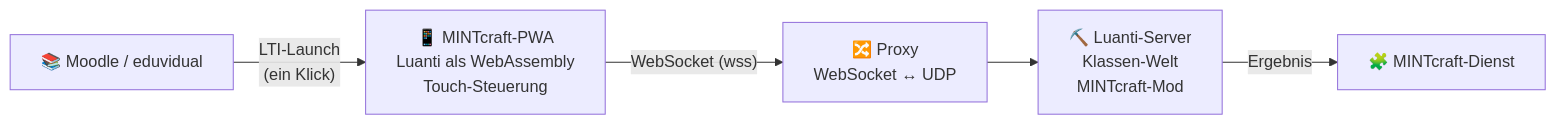
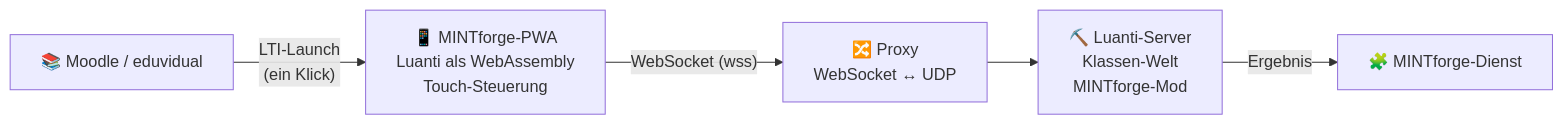
One commit to apachler/MINTforge changed the third of 6 diagrams in docs/konzept.md. Above: the diagram before and after it, drawn with Mermaid. The commit also changed other lines of this file and 4 other files, not shown here.

````diff
--- a/docs/konzept.md
+++ b/docs/konzept.md
@@ -278,7 +288,7 @@
 ```mermaid
 flowchart LR
-    LMS["📚 Moodle / eduvidual"] -- "LTI-Launch<br/>(ein Klick)" --> PWA["📱 MINTcraft-PWA<br/>Luanti als WebAssembly<br/>Touch-Steuerung"]
+    LMS["📚 Moodle / eduvidual"] -- "LTI-Launch<br/>(ein Klick)" --> PWA["📱 MINTforge-PWA<br/>Luanti als WebAssembly<br/>Touch-Steuerung"]
     PWA -- "WebSocket (wss)" --> P["🔀 Proxy<br/>WebSocket ↔ UDP"]
-    P --> LS["⛏️ Luanti-Server<br/>Klassen-Welt<br/>MINTcraft-Mod"]
-    LS -- "Ergebnis" --> T["🧩 MINTcraft-Dienst"]
+    P --> LS["⛏️ Luanti-Server<br/>Klassen-Welt<br/>MINTforge-Mod"]
+    LS -- "Ergebnis" --> T["🧩 MINTforge-Dienst"]
 ```
````
